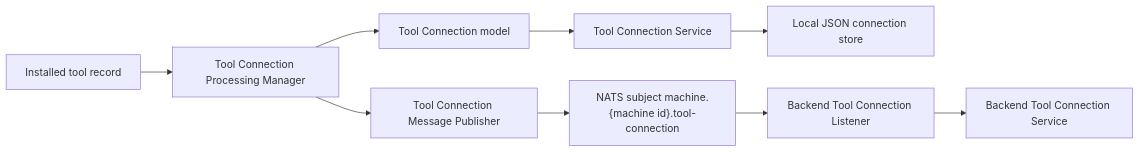
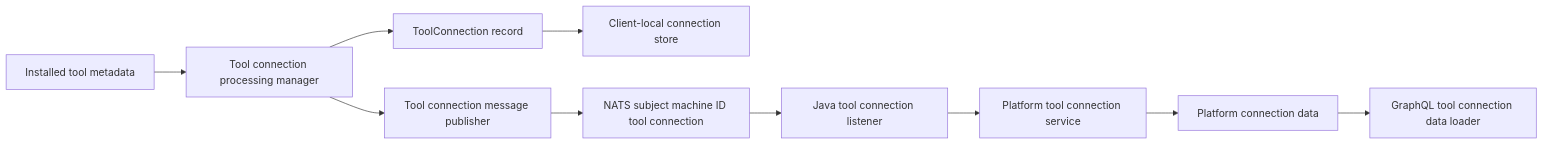
The first of 4 diagrams in docs/reference/architecture/openframe-client-core/model-tool-connection/model-tool-connection.md (flamingo-stack/openframe-oss-tenant), drawn with Mermaid before and after one commit. The commit also changed other lines of this file and 2377 other files, not shown here.

````diff
--- a/docs/reference/architecture/openframe-client-core/model-tool-connection/model-tool-connection.md
+++ b/docs/reference/architecture/openframe-client-core/model-tool-connection/model-tool-connection.md
@@ -27,11 +36,12 @@
 ```mermaid
 flowchart LR
-    InstalledTool["Installed tool record"] --> ProcessingManager["Tool Connection Processing Manager"]
-    ProcessingManager --> ToolConnection["Tool Connection model"]
-    ToolConnection --> ConnectionService["Tool Connection Service"]
-    ConnectionService --> JsonStore["Local JSON connection store"]
-    ProcessingManager --> Publisher["Tool Connection Message Publisher"]
-    Publisher --> Nats["NATS subject machine.{machine id}.tool-connection"]
-    Nats --> BackendListener["Backend Tool Connection Listener"]
-    BackendListener --> BackendService["Backend Tool Connection Service"]
+    InstalledTool["Installed tool metadata"] --> Processor["Tool connection processing manager"]
+    Processor --> Record["ToolConnection record"]
+    Record --> Store["Client-local connection store"]
+    Processor --> Publisher["Tool connection message publisher"]
+    Publisher --> Nats["NATS subject machine ID tool connection"]
+    Nats --> Listener["Java tool connection listener"]
+    Listener --> PlatformService["Platform tool connection service"]
+    PlatformService --> PlatformStore["Platform connection data"]
+    PlatformStore --> ApiLoader["GraphQL tool connection data loader"]
 ```
````
